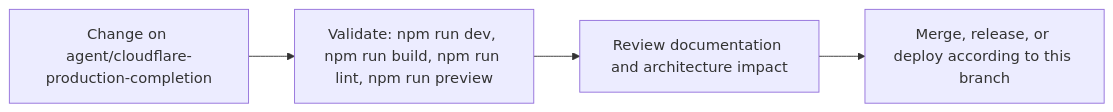
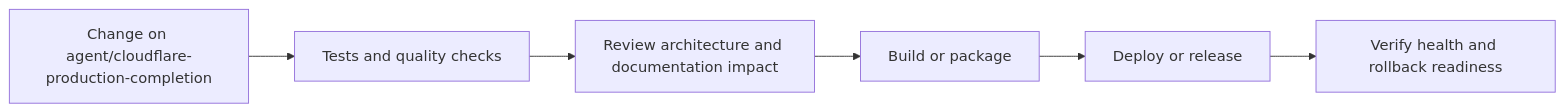
One commit to Nischhalsubba/Reeja-Maharjan-Website-2026 changed the fourth of 5 diagrams in README.md. Above: the diagram before and after it, drawn with Mermaid. The commit also changed other lines of this file, not shown here.

````diff
--- a/README.md
+++ b/README.md
@@ -81,8 +161,8 @@
 ```mermaid
 flowchart LR
-    CHANGE["Change on agent/cloudflare-production-completion"]
-    CHECK["Validate: npm run dev, npm run build, npm run lint, npm run preview"]
-    REVIEW["Review documentation and architecture impact"]
-    RELEASE["Merge, release, or deploy according to this branch"]
-    CHANGE --> CHECK --> REVIEW --> RELEASE
+    CHANGE["Change on agent/cloudflare-production-completion"] --> CHECK["Tests and quality checks"]
+    CHECK --> REVIEW["Review architecture and documentation impact"]
+    REVIEW --> BUILD["Build or package"]
+    BUILD --> DEPLOY["Deploy or release"]
+    DEPLOY --> VERIFY["Verify health and rollback readiness"]
 ```
````
